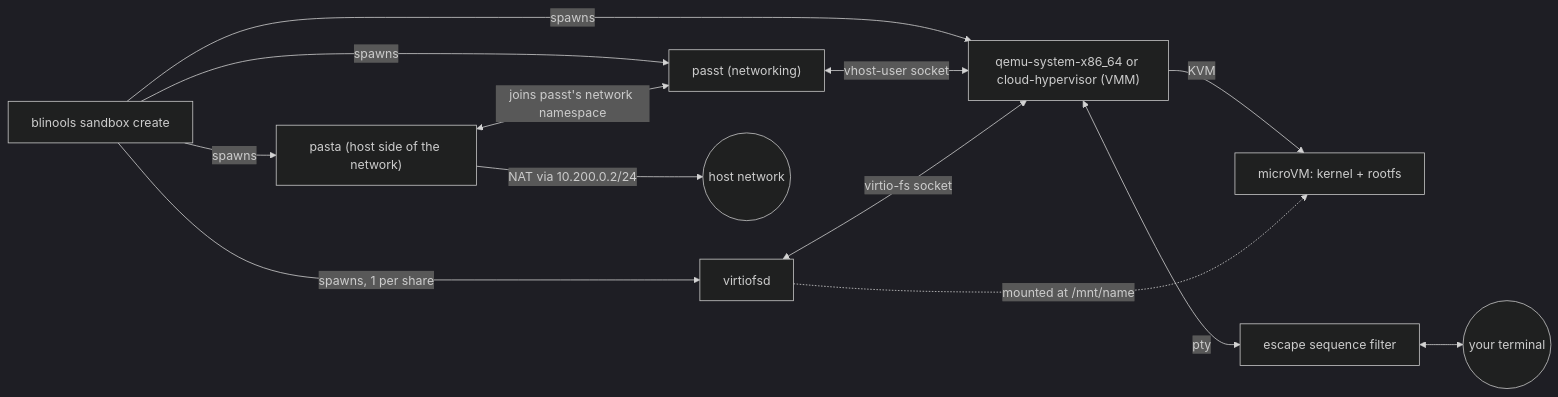
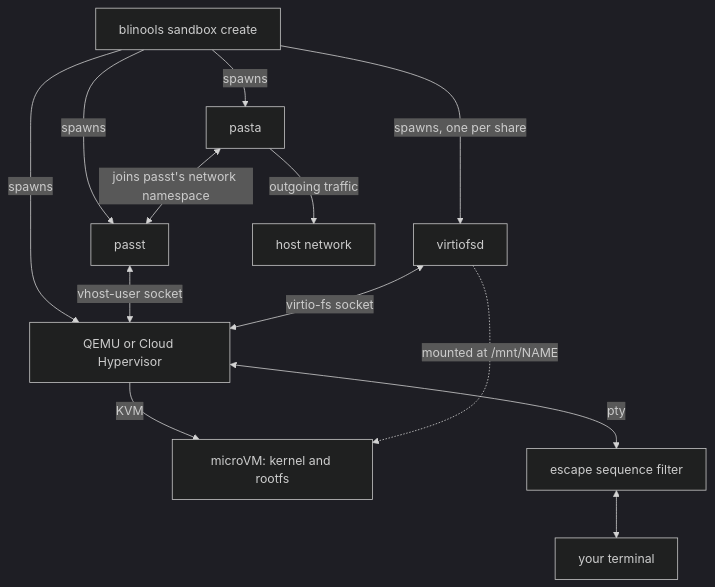
One commit to blinxen/blinools changed the diagram in docs/sandbox_architecture.md. Above: the diagram before and after it, drawn with Mermaid (dark theme). The commit also changed other lines of this file and 21 other files, not shown here.

````diff
--- a/docs/sandbox_architecture.md
+++ b/docs/sandbox_architecture.md
@@ -12,18 +13,18 @@
 ```mermaid
-flowchart LR
-    CLI["blinools sandbox create"] -->|spawns| VMM["qemu-system-x86_64 or cloud-hypervisor (VMM)"]
-    CLI -->|spawns| PASST["passt (networking)"]
-    CLI -->|spawns| PASTA["pasta (host side of the network)"]
-    CLI -->|spawns, 1 per share| VFSD["virtiofsd"]
+flowchart TD
+    CLI["blinools sandbox create"] -->|spawns| VMM["QEMU or Cloud Hypervisor"]
+    CLI -->|spawns| PASST["passt"]
+    CLI -->|spawns| PASTA["pasta"]
+    CLI -->|spawns, one per share| VFSD["virtiofsd"]
 
     PASST <-->|vhost-user socket| VMM
     VFSD <-->|virtio-fs socket| VMM
-    VMM -->|KVM| VM["microVM: kernel + rootfs"]
+    VMM -->|KVM| VM["microVM: kernel and rootfs"]
 
     VMM <-->|pty| FILTER["escape sequence filter"]
-    FILTER <--> TERM(("your terminal"))
+    FILTER <--> TERM["your terminal"]
 
     PASTA <-->|joins passt's network namespace| PASST
-    PASTA -->|NAT via 10.200.0.2/24| NET(("host network"))
-    VFSD -.->|mounted at /mnt/name| VM
+    PASTA -->|outgoing traffic| NET["host network"]
+    VFSD -.->|mounted at /mnt/NAME| VM
 ```
````
